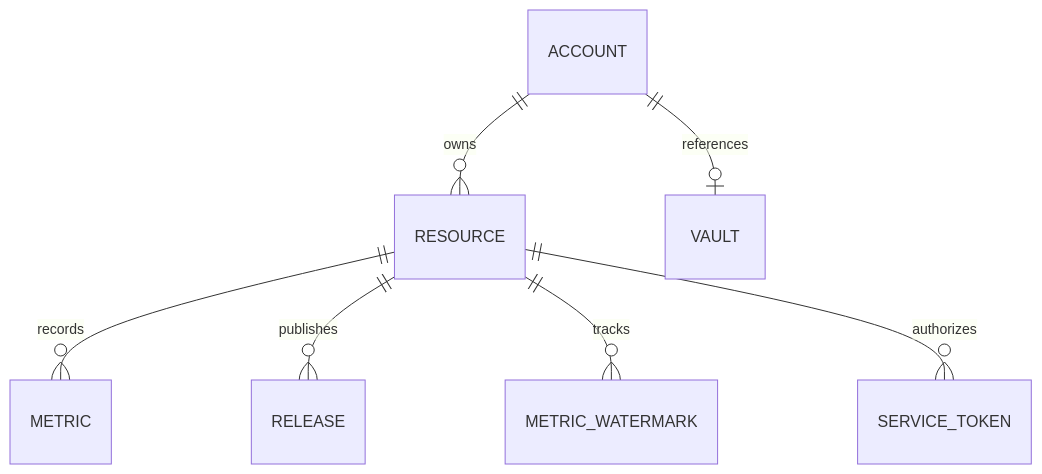
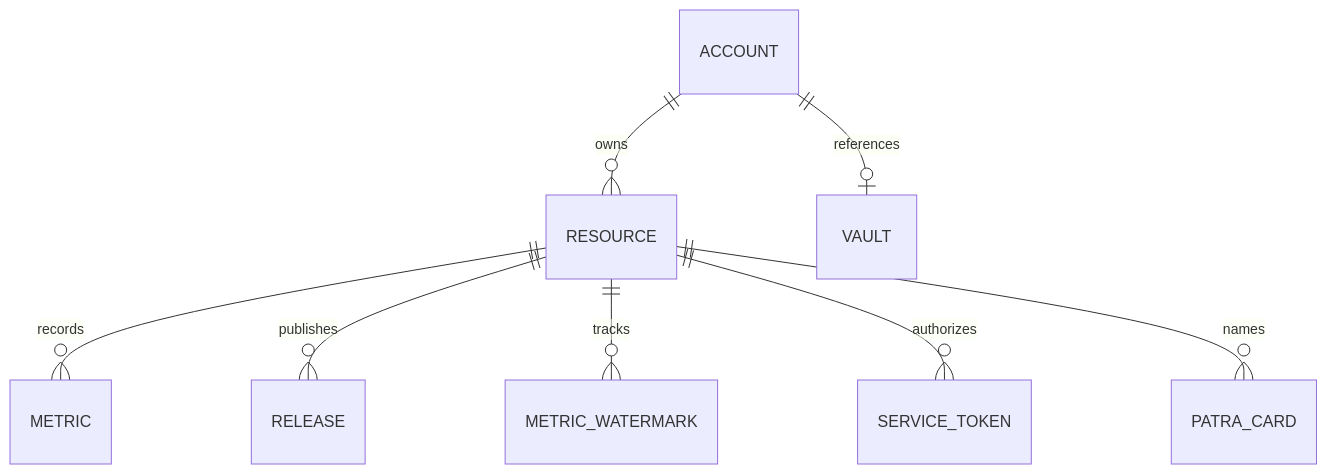
One commit to ICICLE-ai/icicle-insights changed the diagram in docs/reference/data-model.md. Above: the diagram before and after it, drawn with Mermaid. The commit also changed other lines of this file and 8 other files, not shown here.

````diff
--- a/docs/reference/data-model.md
+++ b/docs/reference/data-model.md
@@ -5,9 +5,10 @@
 ```mermaid
 erDiagram
     ACCOUNT ||--o{ RESOURCE : owns
     ACCOUNT ||--o| VAULT : references
     RESOURCE ||--o{ METRIC : records
     RESOURCE ||--o{ RELEASE : publishes
     RESOURCE ||--o{ METRIC_WATERMARK : tracks
     RESOURCE ||--o{ SERVICE_TOKEN : authorizes
+    RESOURCE ||--o{ PATRA_CARD : names
 ```
````
